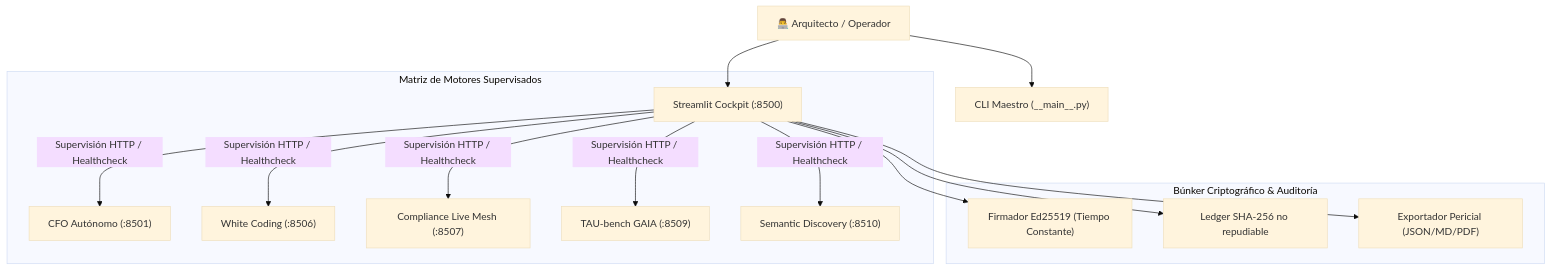
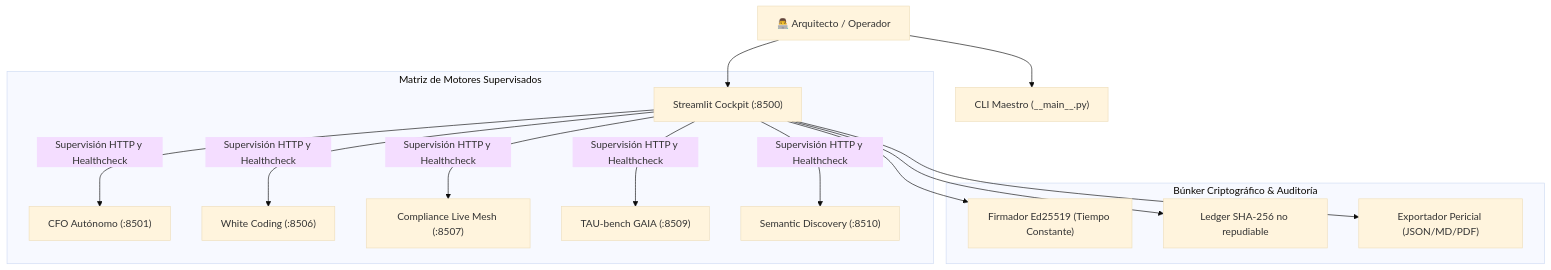
The diagram in QGRADE_OS Iwan reference/MANUAL_DE_USO.md (Tardigrado-76/Capgemini), drawn with Mermaid (base theme) before and after one commit. The commit also changed 11 other files, not shown here.

Commit message:
fix(docs): sanitize Mermaid diagram edge labels across all projects to ensure 100% GitHub rendering

````diff
--- a/QGRADE_OS Iwan reference/MANUAL_DE_USO.md
+++ b/QGRADE_OS Iwan reference/MANUAL_DE_USO.md
@@ -10,19 +10,19 @@
 ```mermaid
 graph TD
     User["👨‍💻 Arquitecto / Operador"] --> Cockpit["Streamlit Cockpit (:8500)"]
     User --> CLI["CLI Maestro (__main__.py)"]
     
     subgraph EngineMatrix ["Matriz de Motores Supervisados"]
-        Cockpit -->|Supervisión HTTP / Healthcheck| C8501["CFO Autónomo (:8501)"]
-        Cockpit -->|Supervisión HTTP / Healthcheck| C8506["White Coding (:8506)"]
-        Cockpit -->|Supervisión HTTP / Healthcheck| C8507["Compliance Live Mesh (:8507)"]
-        Cockpit -->|Supervisión HTTP / Healthcheck| C8509["TAU-bench GAIA (:8509)"]
-        Cockpit -->|Supervisión HTTP / Healthcheck| C8510["Semantic Discovery (:8510)"]
+        Cockpit -->|Supervisión HTTP y Healthcheck| C8501["CFO Autónomo (:8501)"]
+        Cockpit -->|Supervisión HTTP y Healthcheck| C8506["White Coding (:8506)"]
+        Cockpit -->|Supervisión HTTP y Healthcheck| C8507["Compliance Live Mesh (:8507)"]
+        Cockpit -->|Supervisión HTTP y Healthcheck| C8509["TAU-bench GAIA (:8509)"]
+        Cockpit -->|Supervisión HTTP y Healthcheck| C8510["Semantic Discovery (:8510)"]
     end
 
     subgraph SecurityBunker ["Búnker Criptográfico & Auditoría"]
         Cockpit --> Signer["Firmador Ed25519 (Tiempo Constante)"]
         Cockpit --> Ledger["Ledger SHA-256 no repudiable"]
         Cockpit --> Exporter["Exportador Pericial (JSON/MD/PDF)"]
     end
 ```
````
